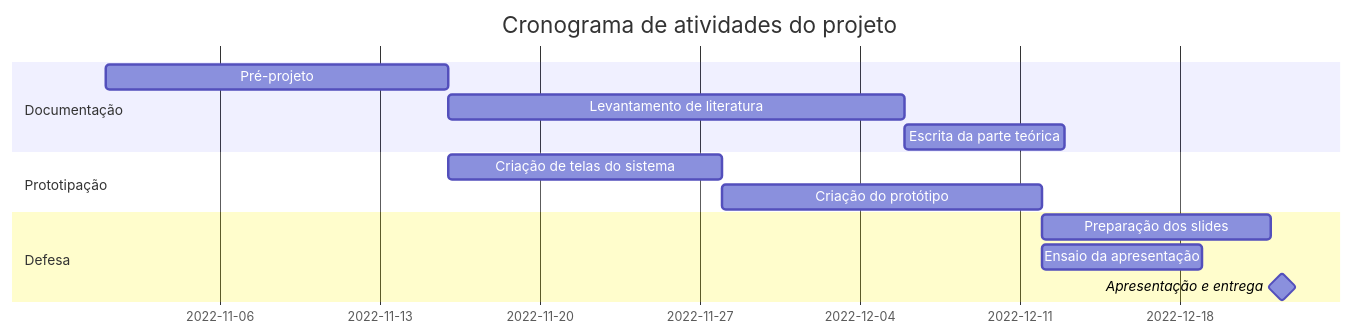
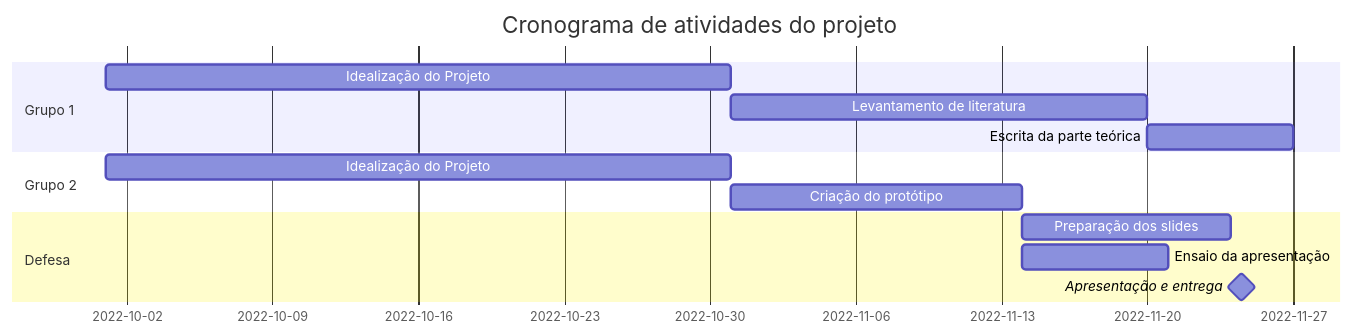
One commit to JVictor1012/projeto-integrador-gantt changed the diagram in README.md. Above: the diagram before and after it, drawn with Mermaid.

````diff
--- a/README.md
+++ b/README.md
@@ -3,16 +3,16 @@
 ```mermaid
     gantt
     title Cronograma de atividades do projeto
     dateFormat  YYYY-MM-DD
-    section Documentação
-    Pré-projeto     :a1, 2022-11-01, 15d
+    section Grupo 1
+    Idealização do Projeto      :a1, 2022-10-01, 30d
     Levantamento de literatura   :a2,after a1  , 20d
     Escrita da parte teórica  :a3,after a2, 7d
-    section Prototipação
-    Criação de telas do sistema     :       c2,     after a1  , 12d
+    section Grupo 2
+    Idealização do Projeto      :a1, 2022-10-01, 30d
     Criação do protótipo      :c3,     after c2, 14d
     section Defesa
     Preparação dos slides :p1, after c3, 10d
     Ensaio da apresentação :p2, after c3, 7d
     Apresentação e entrega  :milestone, after p1, 1d
 ```
````
